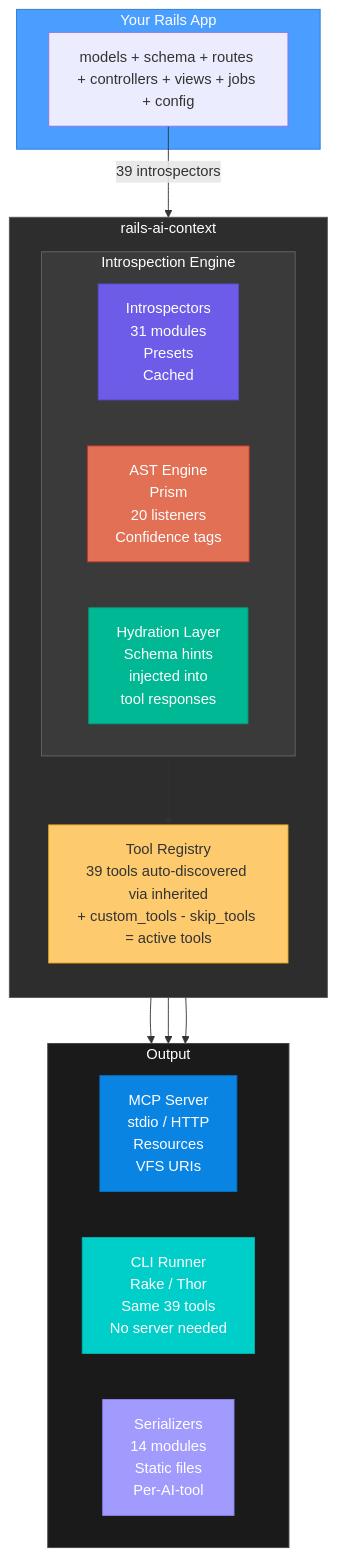
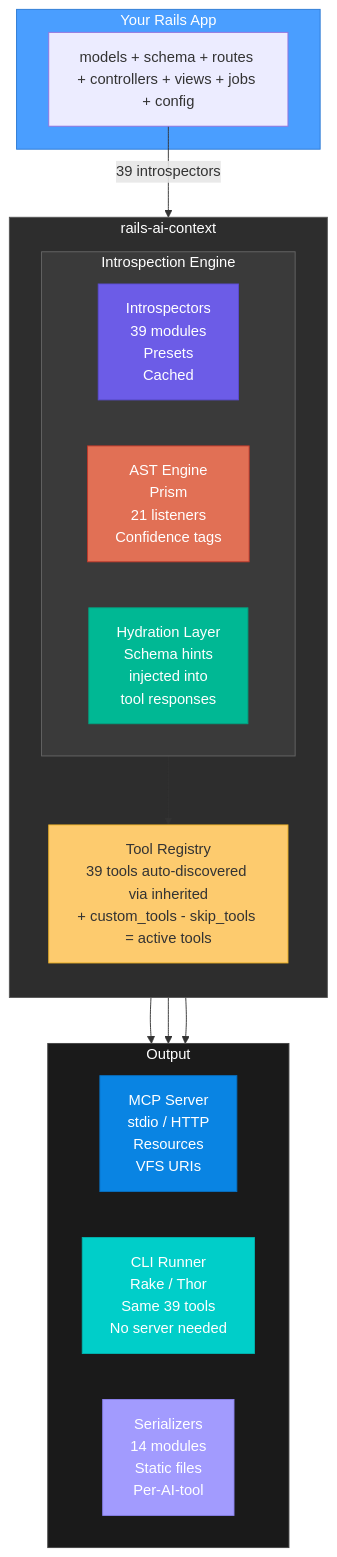
Before and after one commit to crisnahine/rails-ai-context: the first of 3 diagrams in docs/ARCHITECTURE.md, drawn with Mermaid. The commit also changed other lines of this file and 29 other files, not shown here.

````diff
--- a/docs/ARCHITECTURE.md
+++ b/docs/ARCHITECTURE.md
@@ -15,44 +15,44 @@
 ```mermaid
 graph TD
     subgraph app["Your Rails App"]
         A["models + schema + routes + controllers + views + jobs + config"]
     end
 
     A -->|"39 introspectors"| gem
 
     subgraph gem["rails-ai-context"]
         direction TB
 
         subgraph engine["Introspection Engine"]
             direction LR
-            I["Introspectors\n31 modules\nPresets\nCached"]
-            AST["AST Engine\nPrism\n20 listeners\nConfidence tags"]
+            I["Introspectors\n39 modules\nPresets\nCached"]
+            AST["AST Engine\nPrism\n21 listeners\nConfidence tags"]
             H["Hydration Layer\nSchema hints\ninjected into\ntool responses"]
         end
 
         engine --> R["Tool Registry\n39 tools auto-discovered via inherited\n+ custom_tools - skip_tools = active tools"]
     end
 
     R --> MCP
     R --> CLI
     R --> S
 
     subgraph outputs["Output"]
         direction LR
         MCP["MCP Server\nstdio / HTTP\nResources\nVFS URIs"]
         CLI["CLI Runner\nRake / Thor\nSame 39 tools\nNo server needed"]
         S["Serializers\n14 modules\nStatic files\nPer-AI-tool"]
     end
 
     style app fill:#4a9eff,stroke:#2d7ad4,color:#fff
     style gem fill:#2d2d2d,stroke:#555,color:#fff
     style engine fill:#3a3a3a,stroke:#666,color:#fff
     style outputs fill:#1a1a1a,stroke:#444,color:#fff
     style I fill:#6c5ce7,stroke:#5a4bd1,color:#fff
     style AST fill:#e17055,stroke:#c0392b,color:#fff
     style H fill:#00b894,stroke:#00a381,color:#fff
     style R fill:#fdcb6e,stroke:#f0b429,color:#333
     style MCP fill:#0984e3,stroke:#0770c2,color:#fff
     style CLI fill:#00cec9,stroke:#00b5b0,color:#fff
     style S fill:#a29bfe,stroke:#8c83f0,color:#fff
 ```
````
